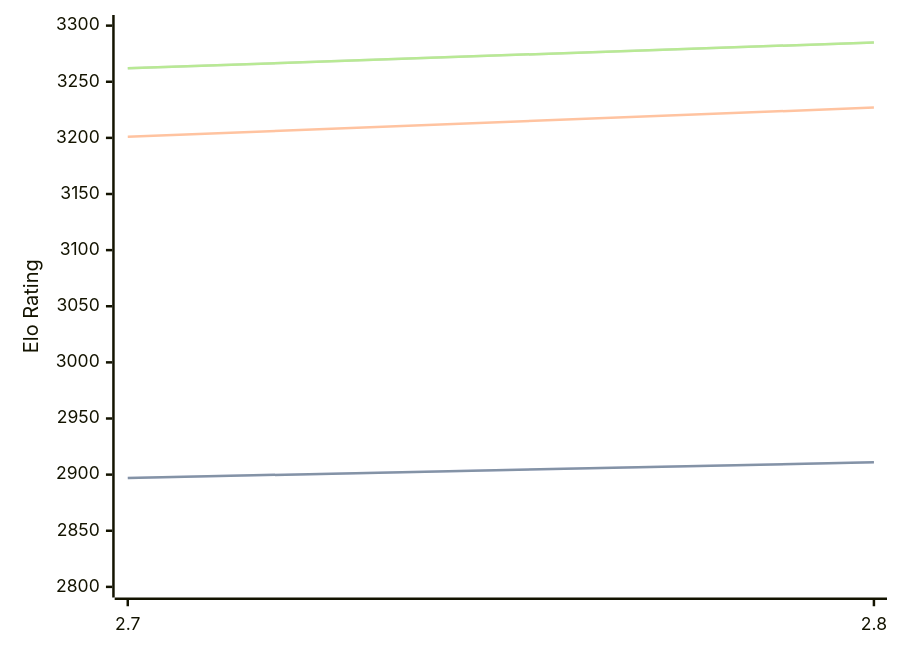
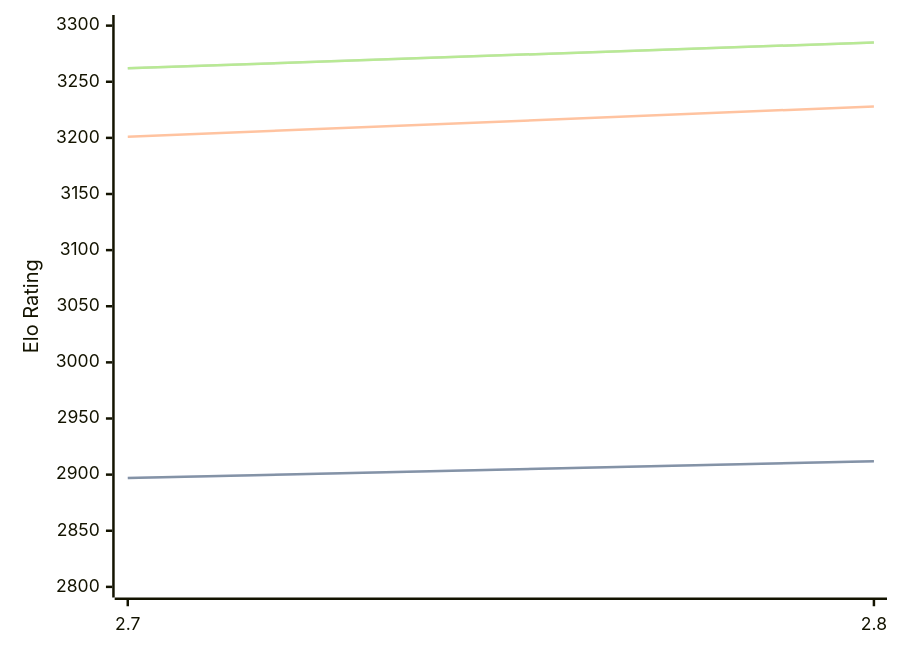
One commit to computer-chess-index/cci changed the diagram in engines/Arcanum.md. Above: the diagram before and after it, drawn with Mermaid. The commit also changed other lines of this file, not shown here.

````diff
--- a/engines/Arcanum.md
+++ b/engines/Arcanum.md
@@ -32,11 +32,11 @@
 ```mermaid
 %%{init: {"theme":"base","themeVariables":{"seriesColors:['#a3a3a3','#222221','#faa371']}}}%%
 xychart-beta
   x-axis ["2.7", "2.8"]
   y-axis "Elo Rating" 2800 --> 3300
-  line "" [2897, 2911]
-  line "STC (8.0+0.08s)" [2897, 2911]
-  line "LTC (60.0+0.60s)" [3201, 3227]
+  line "" [2897, 2912]
+  line "STC (8.0+0.08s)" [2897, 2912]
+  line "LTC (60.0+0.60s)" [3201, 3228]
   line "" [3262, 3285]
   line "VLTC (2m24s+1.12s)" [3262, 3285]
 ```
````
